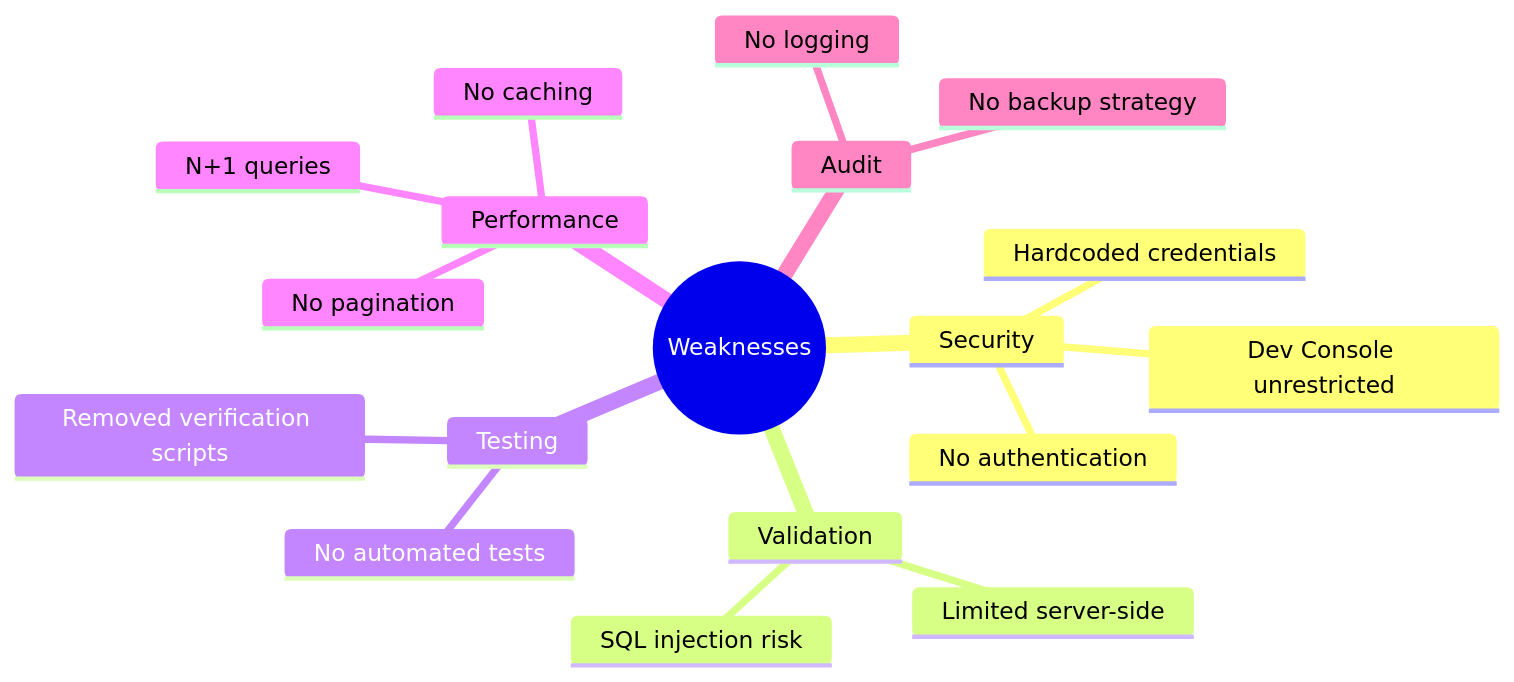
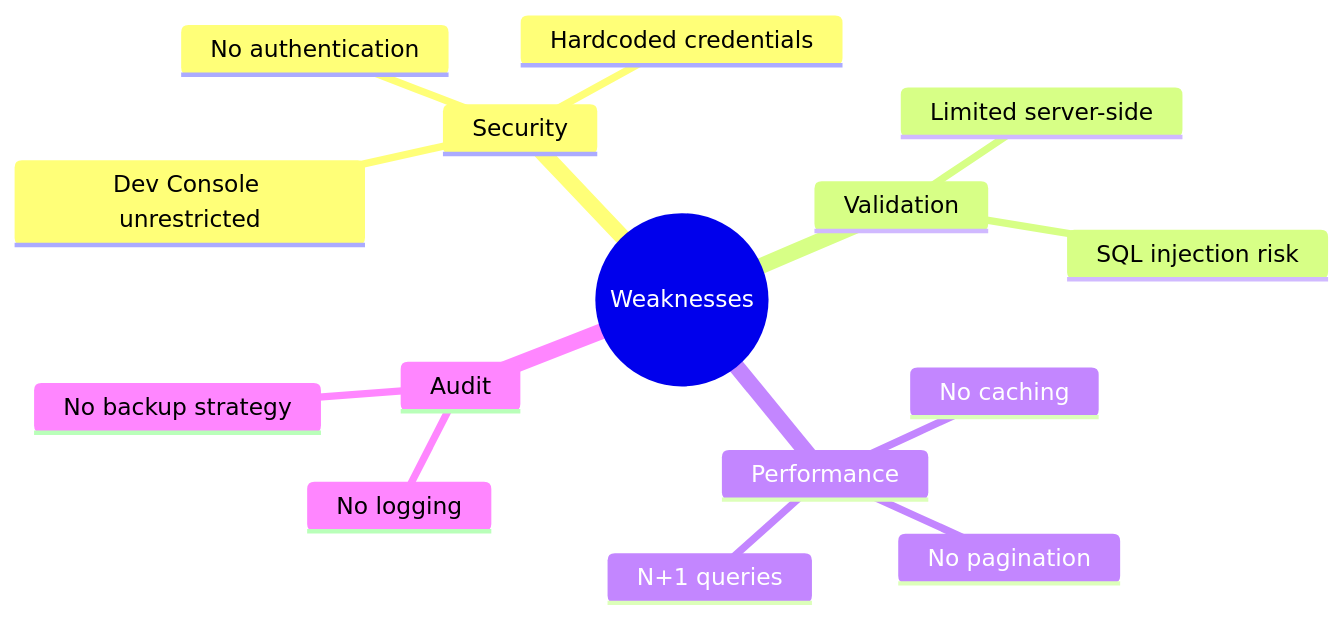
Before and after one commit to HaochenFa/COMP2411_DBMS_CMMS_GroupProject: the sixth of 13 diagrams in PROJECT_REPORT.md, drawn with Mermaid. The commit also changed other lines of this file, not shown here.

````diff
--- a/PROJECT_REPORT.md
+++ b/PROJECT_REPORT.md
@@ -296,21 +305,18 @@
 ```mermaid
 mindmap
   root((Weaknesses))
     Security
       No authentication
       Hardcoded credentials
       Dev Console unrestricted
     Validation
       Limited server-side
       SQL injection risk
-    Testing
-      No automated tests
-      Removed verification scripts
     Performance
       No pagination
       No caching
       N+1 queries
     Audit
       No logging
       No backup strategy
 ```
````
